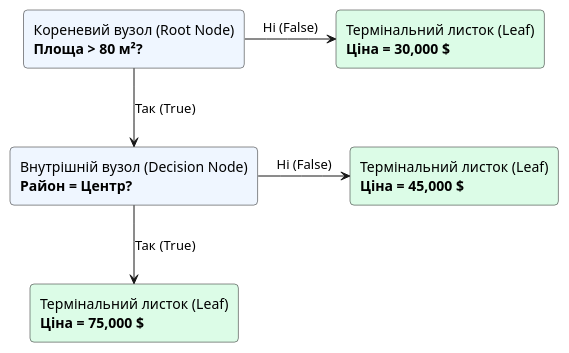
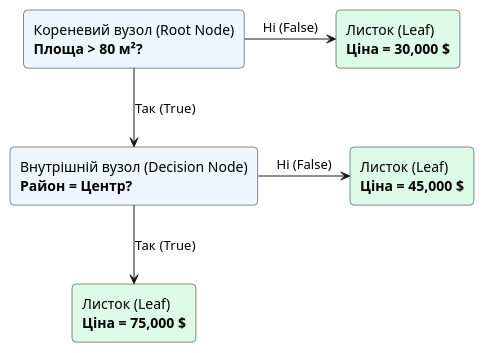
One commit to arakviel/kostyl.dev changed the first of 2 diagrams in content/16.ai-python/09.decision-trees-random-forest/01.decision-trees.md. Above: the diagram before and after it, drawn with PlantUML. The commit also changed other lines of this file and 108 other files, not shown here.

Commit message:
feat: add educational diagrams, videos, and generation scripts for machine learning courses

````diff
--- a/content/16.ai-python/09.decision-trees-random-forest/01.decision-trees.md
+++ b/content/16.ai-python/09.decision-trees-random-forest/01.decision-trees.md
@@ -112,21 +112,21 @@
 ```plantuml
 @startuml
 skinparam style plain
 skinparam backgroundColor #FFFFFF
 skinparam defaultFontName Arial
 skinparam roundCorner 8
 
 rectangle "Кореневий вузол (Root Node)\n**Площа > 80 м²?**" as root #EFF6FF
 rectangle "Внутрішній вузол (Decision Node)\n**Район = Центр?**" as left #EFF6FF
 
-rectangle "Термінальний листок (Leaf)\n**Ціна = 30,000 $**" as leaf_right #DCFCE7
-rectangle "Термінальний листок (Leaf)\n**Ціна = 75,000 $**" as leaf_left_true #DCFCE7
-rectangle "Термінальний листок (Leaf)\n**Ціна = 45,000 $**" as leaf_left_false #DCFCE7
+rectangle "Листок (Leaf)\n**Ціна = 30,000 $**" as leaf_right #DCFCE7
+rectangle "Листок (Leaf)\n**Ціна = 75,000 $**" as leaf_left_true #DCFCE7
+rectangle "Листок (Leaf)\n**Ціна = 45,000 $**" as leaf_left_false #DCFCE7
 
 root -down-> left : Так (True)
 root -right-> leaf_right : Ні (False)
 
 left -down-> leaf_left_true : Так (True)
 left -right-> leaf_left_false : Ні (False)
 @enduml
 ```
````
